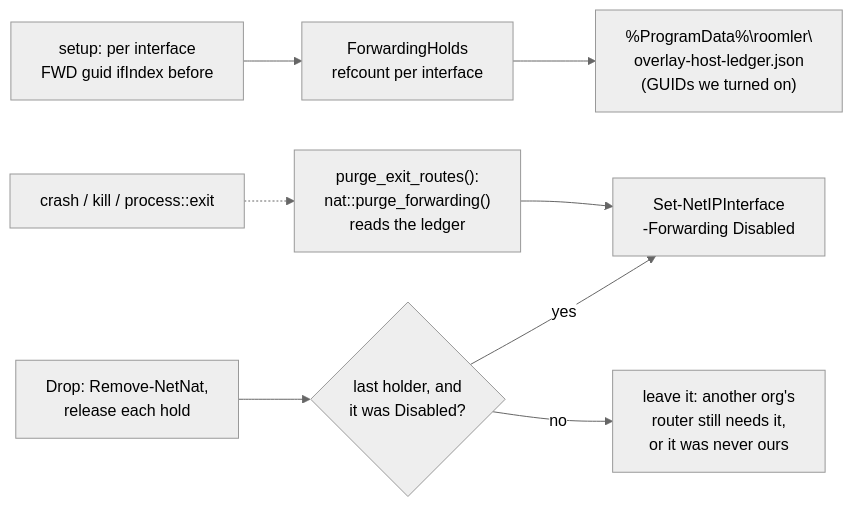
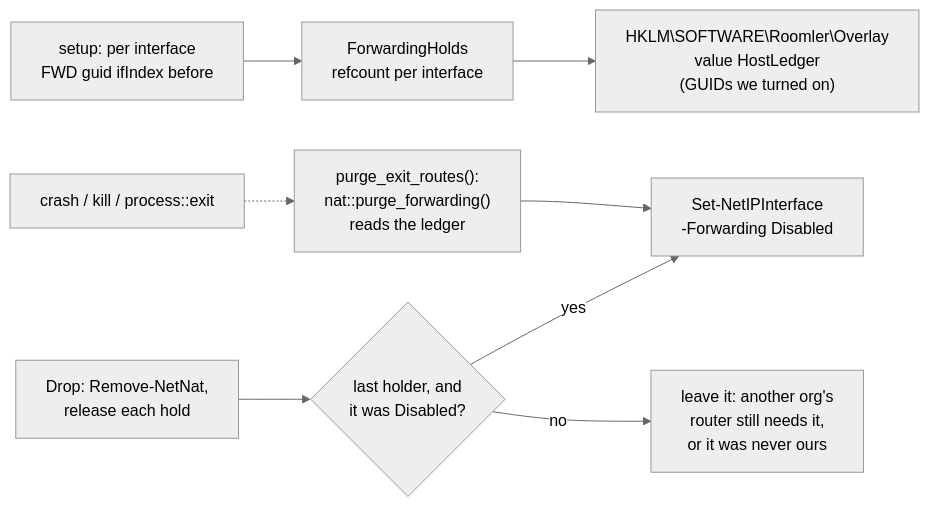
One commit to gjovanov/roomler-ai changed the second of 3 diagrams in docs/overlay-exit-nodes.md. Above: the diagram before and after it, drawn with Mermaid (neutral theme). The commit also changed other lines of this file and 3 other files, not shown here.

First line of the commit message:
fix(overlay): keep the Windows host ledger in HKLM, not a %ProgramData% file (FR-97 P0b-2b, #2082)

````diff
--- a/docs/overlay-exit-nodes.md
+++ b/docs/overlay-exit-nodes.md
@@ -229,9 +229,9 @@
 ```mermaid
 flowchart LR
     SETUP["setup: per interface<br/>FWD guid ifIndex before"] --> HOLD["ForwardingHolds<br/>refcount per interface"]
-    HOLD --> LEDGER["%ProgramData%\roomler\<br/>overlay-host-ledger.json<br/>(GUIDs we turned on)"]
+    HOLD --> LEDGER["HKLM\SOFTWARE\Roomler\Overlay<br/>value HostLedger<br/>(GUIDs we turned on)"]
     DROP["Drop: Remove-NetNat,<br/>release each hold"] --> LAST{"last holder, and<br/>it was Disabled?"}
     LAST -- yes --> OFF["Set-NetIPInterface<br/>-Forwarding Disabled"]
     LAST -- no --> KEEP["leave it: another org's<br/>router still needs it,<br/>or it was never ours"]
     CRASH["crash / kill / process::exit"] -.-> PURGE["purge_exit_routes():<br/>nat::purge_forwarding()<br/>reads the ledger"] --> OFF
 ```
````
